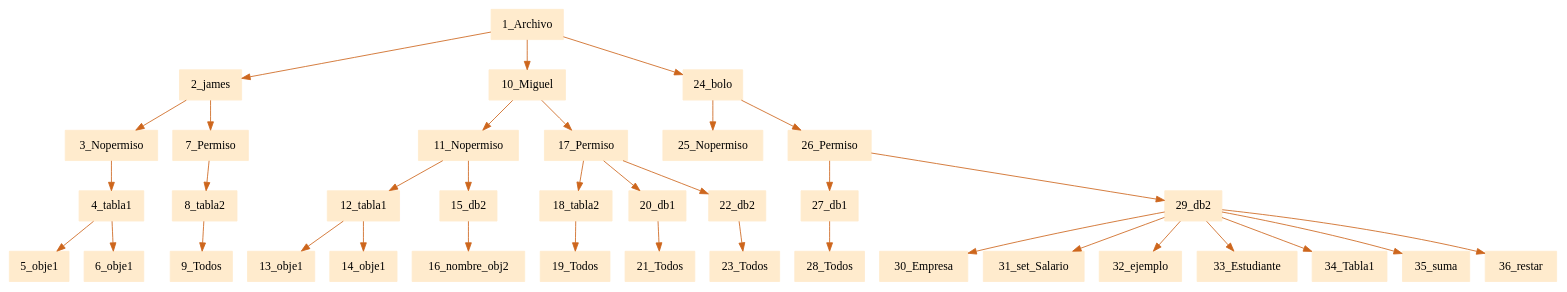
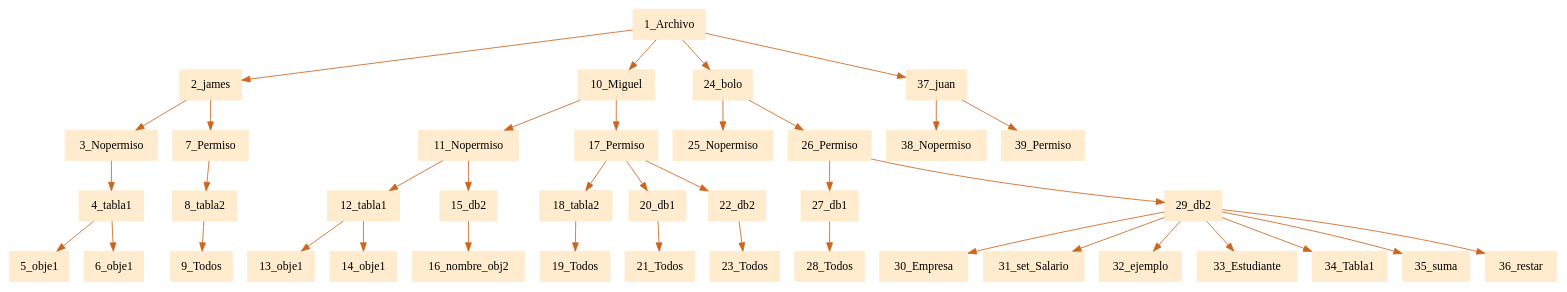
One commit to JamesMelgar/compi2javaccpr1 changed the diagram in pr1Compilarodores2/usu.dot. Above: the diagram before and after it, drawn with Graphviz. The commit also changed 28 other files, not shown here.

```diff
--- a/pr1Compilarodores2/usu.dot
+++ b/pr1Compilarodores2/usu.dot
@@ -1,5 +1,5 @@
 digraph G {node[shape=box, style=filled, color=blanchedalmond]; edge[color=chocolate3];rankdir=UD 
 
-"1_Archivo"->"2_james""2_james"->"3_Nopermiso""3_Nopermiso"->"4_tabla1""4_tabla1"->"5_obje1""4_tabla1"->"6_obje1""2_james"->"7_Permiso""7_Permiso"->"8_tabla2""8_tabla2"->"9_Todos""1_Archivo"->"10_Miguel""10_Miguel"->"11_Nopermiso""11_Nopermiso"->"12_tabla1""12_tabla1"->"13_obje1""12_tabla1"->"14_obje1""11_Nopermiso"->"15_db2""15_db2"->"16_nombre_obj2""10_Miguel"->"17_Permiso""17_Permiso"->"18_tabla2""18_tabla2"->"19_Todos""17_Permiso"->"20_db1""20_db1"->"21_Todos""17_Permiso"->"22_db2""22_db2"->"23_Todos""1_Archivo"->"24_bolo""24_bolo"->"25_Nopermiso""24_bolo"->"26_Permiso""26_Permiso"->"27_db1""27_db1"->"28_Todos""26_Permiso"->"29_db2""29_db2"->"30_Empresa""29_db2"->"31_set_Salario""29_db2"->"32_ejemplo""29_db2"->"33_Estudiante""29_db2"->"34_Tabla1""29_db2"->"35_suma""29_db2"->"36_restar"
+"1_Archivo"->"2_james""2_james"->"3_Nopermiso""3_Nopermiso"->"4_tabla1""4_tabla1"->"5_obje1""4_tabla1"->"6_obje1""2_james"->"7_Permiso""7_Permiso"->"8_tabla2""8_tabla2"->"9_Todos""1_Archivo"->"10_Miguel""10_Miguel"->"11_Nopermiso""11_Nopermiso"->"12_tabla1""12_tabla1"->"13_obje1""12_tabla1"->"14_obje1""11_Nopermiso"->"15_db2""15_db2"->"16_nombre_obj2""10_Miguel"->"17_Permiso""17_Permiso"->"18_tabla2""18_tabla2"->"19_Todos""17_Permiso"->"20_db1""20_db1"->"21_Todos""17_Permiso"->"22_db2""22_db2"->"23_Todos""1_Archivo"->"24_bolo""24_bolo"->"25_Nopermiso""24_bolo"->"26_Permiso""26_Permiso"->"27_db1""27_db1"->"28_Todos""26_Permiso"->"29_db2""29_db2"->"30_Empresa""29_db2"->"31_set_Salario""29_db2"->"32_ejemplo""29_db2"->"33_Estudiante""29_db2"->"34_Tabla1""29_db2"->"35_suma""29_db2"->"36_restar""1_Archivo"->"37_juan""37_juan"->"38_Nopermiso""37_juan"->"39_Permiso"
 
 }
```
